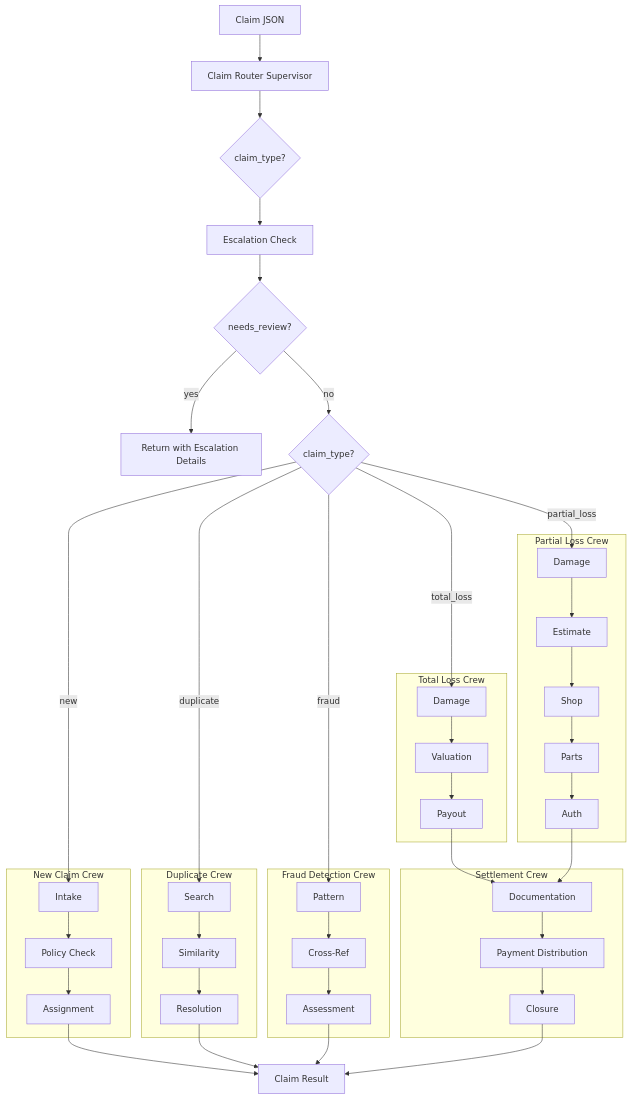
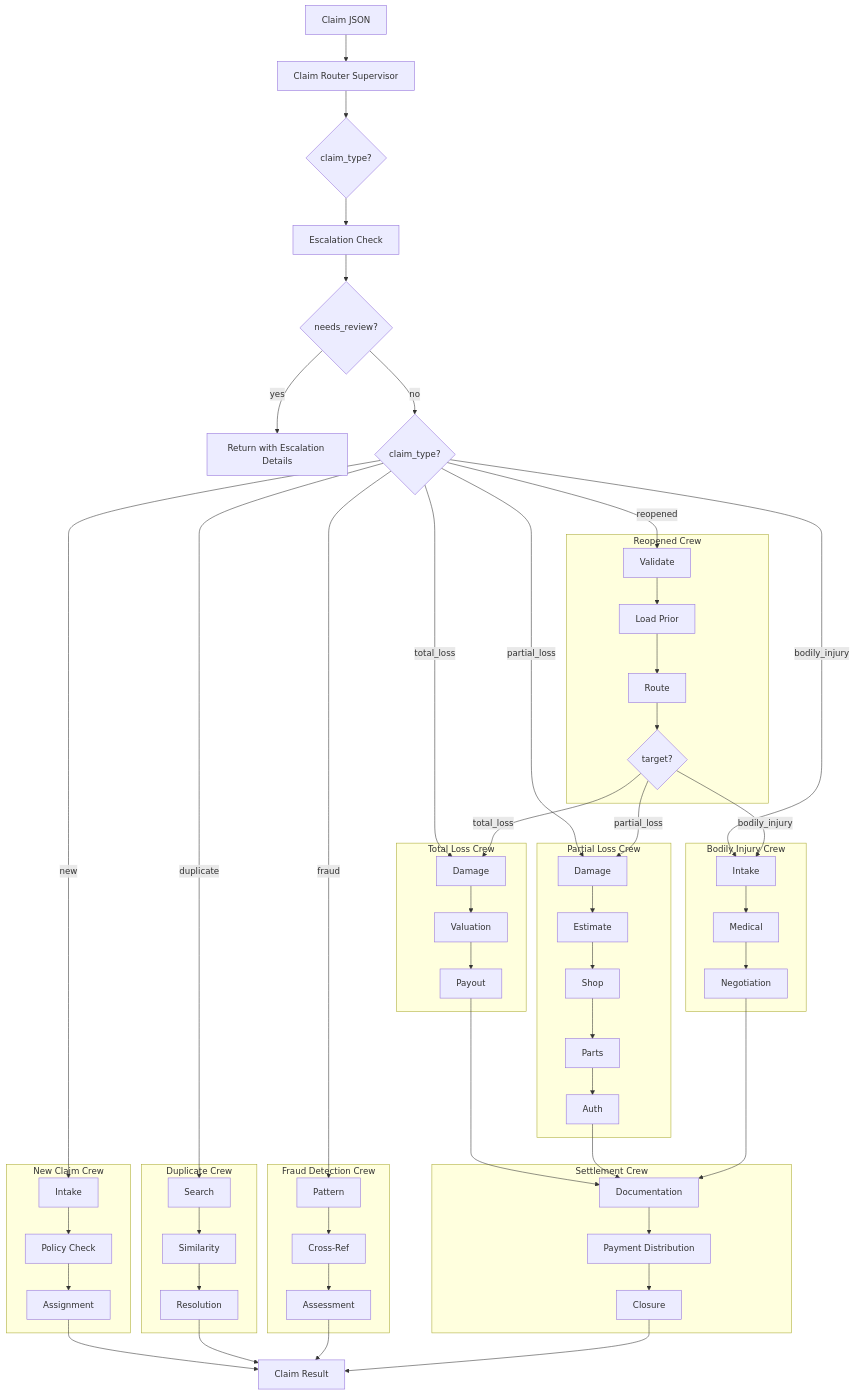
Before and after one commit to csmangum/auto-agent: the second of 2 diagrams in docs/architecture.md, drawn with Mermaid. The commit also changed 8 other files, not shown here.

````diff
--- a/docs/architecture.md
+++ b/docs/architecture.md
@@ -112,46 +112,60 @@
 ```mermaid
 flowchart TB
     A[Claim JSON] --> B[Claim Router Supervisor]
     B --> C{claim_type?}
     C --> D[Escalation Check]
     D --> E{needs_review?}
     E -->|yes| G[Return with Escalation Details]
     E -->|no| H{claim_type?}
     ClaimResult[Claim Result]
 
     subgraph New["New Claim Crew"]
         D1[Intake] --> D2[Policy Check] --> D3[Assignment]
     end
 
     subgraph Dup["Duplicate Crew"]
         E1[Search] --> E2[Similarity] --> E3[Resolution]
     end
 
     subgraph Total["Total Loss Crew"]
         F1[Damage] --> F2[Valuation] --> F3[Payout]
     end
 
     subgraph FraudCrew["Fraud Detection Crew"]
         FR1[Pattern] --> FR2[Cross-Ref] --> FR3[Assessment]
     end
 
     subgraph Partial["Partial Loss Crew"]
         P1[Damage] --> P2[Estimate] --> P3[Shop] --> P4[Parts] --> P5[Auth]
     end
 
+    subgraph BICrew["Bodily Injury Crew"]
+        B1[Intake] --> B2[Medical] --> B3[Negotiation]
+    end
+
+    subgraph Reopened["Reopened Crew"]
+        R1[Validate] --> R2[Load Prior] --> R3[Route] --> R4{target?}
+    end
+
     subgraph Settlement["Settlement Crew"]
         S1[Documentation] --> S2[Payment Distribution] --> S3[Closure]
     end
 
     H -->|new| D1
     H -->|duplicate| E1
     H -->|total_loss| F1
     H -->|fraud| FR1
     H -->|partial_loss| P1
+    H -->|bodily_injury| B1
+    H -->|reopened| R1
     D3 --> ClaimResult
     E3 --> ClaimResult
     F3 --> S1
     FR3 --> ClaimResult
     P5 --> S1
+    B3 --> S1
+    R4 -->|partial_loss| P1
+    R4 -->|total_loss| F1
+    R4 -->|bodily_injury| B1
     S3 --> ClaimResult
 ```
````
